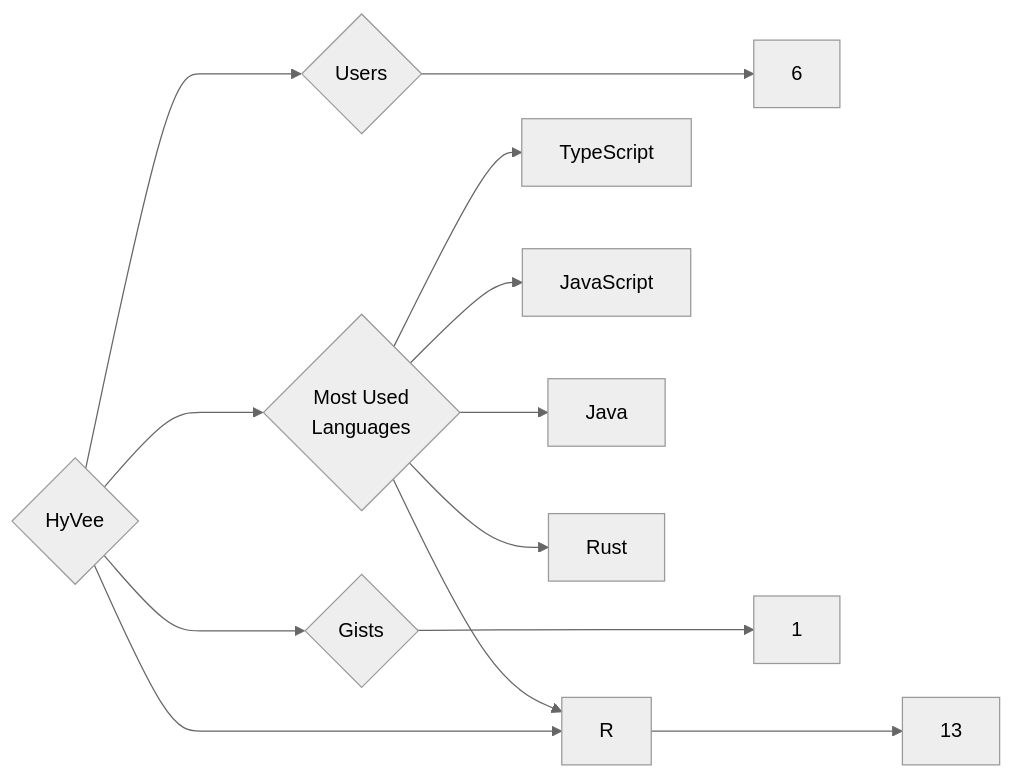
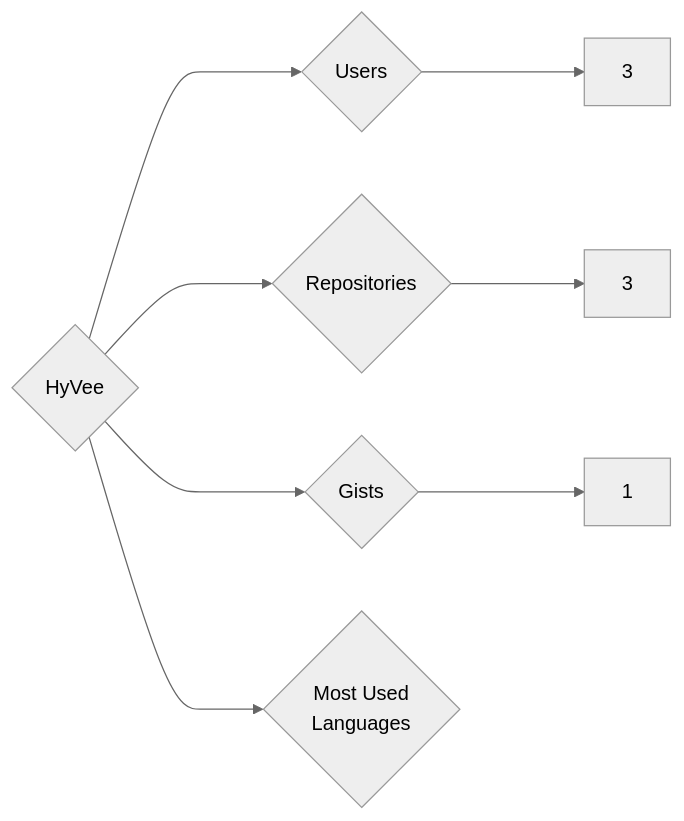
One commit to trickest/insiders changed the diagram in targets/HyVee/README.md. Above: the diagram before and after it, drawn with Mermaid (neutral theme). The commit also changed 1092 other files, not shown here.

````diff
--- a/targets/HyVee/README.md
+++ b/targets/HyVee/README.md
@@ -3,13 +3,8 @@
 ```mermaid
 graph LR
 COMPANY_NAME{HyVee}
-COMPANY_NAME ---> U{Users} ---> UN[6]
-COMPANY_NAME ---> R{Repositories} ---> RN[13]
+COMPANY_NAME ---> U{Users} ---> UN[3]
+COMPANY_NAME ---> R{Repositories} ---> RN[3]
 COMPANY_NAME ---> G{Gists} ---> GN[1]
 COMPANY_NAME ---> ML{Most Used<br>Languages}
-ML --> TypeScript[TypeScript]
-ML --> JavaScript[JavaScript]
-ML --> Java[Java]
-ML --> Rust[Rust]
-ML --> R[R]
 ```
````
